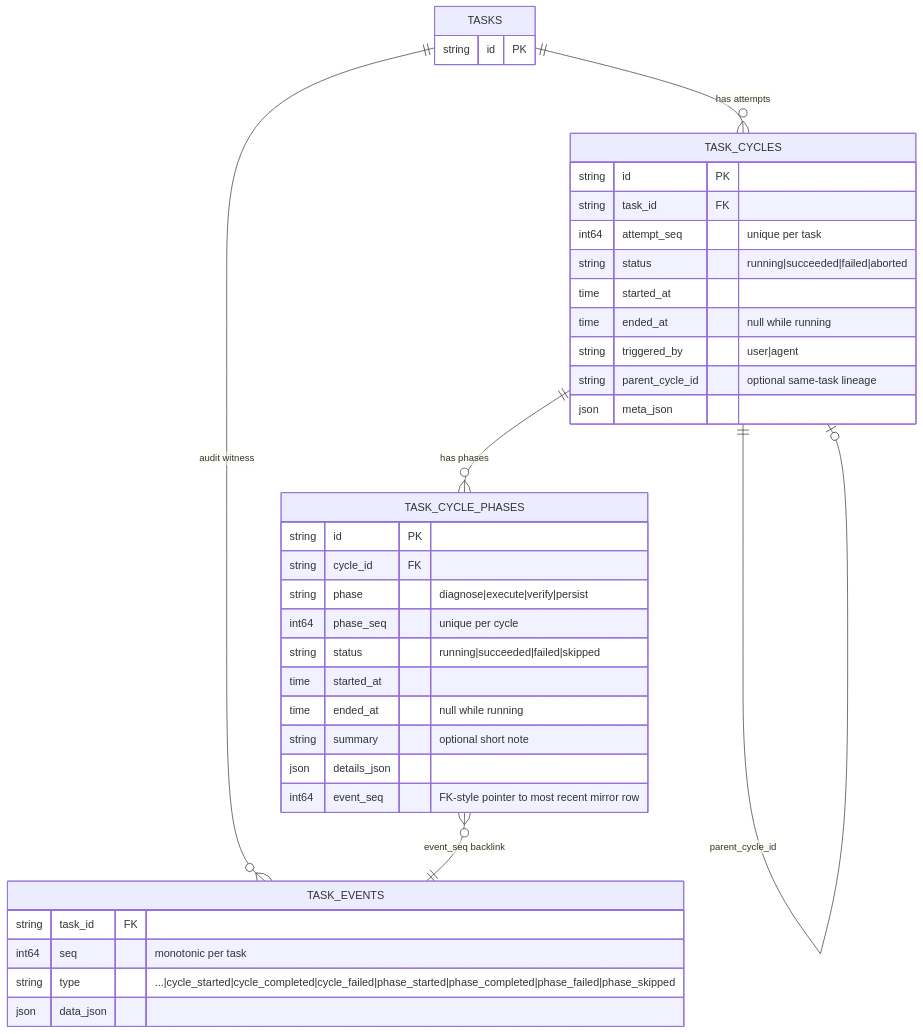
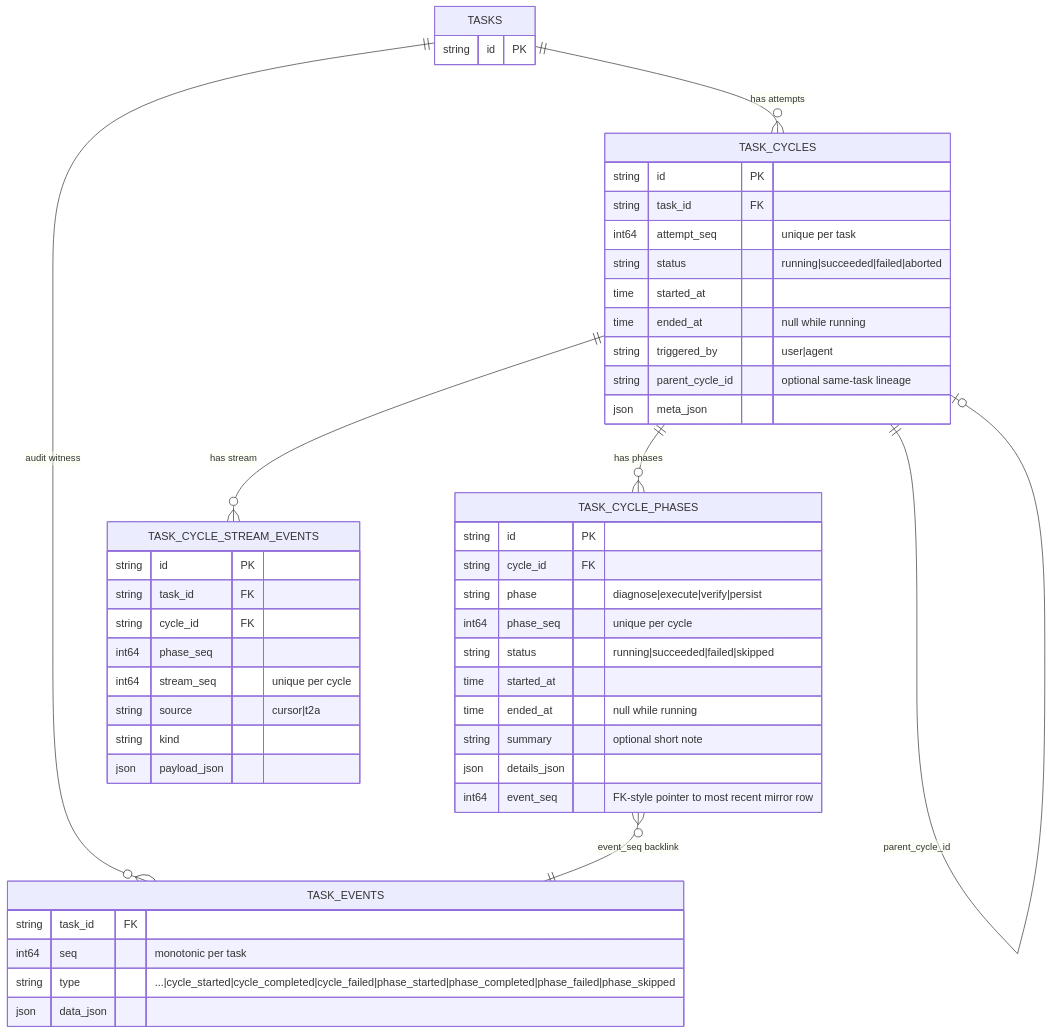
Before and after one commit to AlexsanderHamir/T2A: the first of 2 diagrams in docs/EXECUTION-CYCLES.md, drawn with Mermaid. The commit also changed other lines of this file and 40 other files, not shown here.

````diff
--- a/docs/EXECUTION-CYCLES.md
+++ b/docs/EXECUTION-CYCLES.md
@@ -36,41 +36,52 @@
 ```mermaid
 erDiagram
   TASKS ||--o{ TASK_CYCLES : "has attempts"
   TASKS ||--o{ TASK_EVENTS : "audit witness"
   TASK_CYCLES ||--o{ TASK_CYCLE_PHASES : "has phases"
+  TASK_CYCLES ||--o{ TASK_CYCLE_STREAM_EVENTS : "has stream"
   TASK_CYCLES ||--o| TASK_CYCLES : "parent_cycle_id"
   TASK_CYCLE_PHASES }o--|| TASK_EVENTS : "event_seq backlink"
 
   TASKS {
     string id PK
   }
   TASK_CYCLES {
     string id PK
     string task_id FK
     int64  attempt_seq "unique per task"
     string status      "running|succeeded|failed|aborted"
     time   started_at
     time   ended_at    "null while running"
     string triggered_by "user|agent"
     string parent_cycle_id "optional same-task lineage"
     json   meta_json
   }
   TASK_CYCLE_PHASES {
     string id PK
     string cycle_id FK
     string phase     "diagnose|execute|verify|persist"
     int64  phase_seq "unique per cycle"
     string status    "running|succeeded|failed|skipped"
     time   started_at
     time   ended_at  "null while running"
     string summary   "optional short note"
     json   details_json
     int64  event_seq "FK-style pointer to most recent mirror row"
   }
   TASK_EVENTS {
     string task_id FK
     int64  seq     "monotonic per task"
     string type    "...|cycle_started|cycle_completed|cycle_failed|phase_started|phase_completed|phase_failed|phase_skipped"
     json   data_json
   }
+  TASK_CYCLE_STREAM_EVENTS {
+    string id PK
+    string task_id FK
+    string cycle_id FK
+    int64  phase_seq
+    int64  stream_seq "unique per cycle"
+    string source     "cursor|t2a"
+    string kind
+    json   payload_json
+  }
 ```
````
